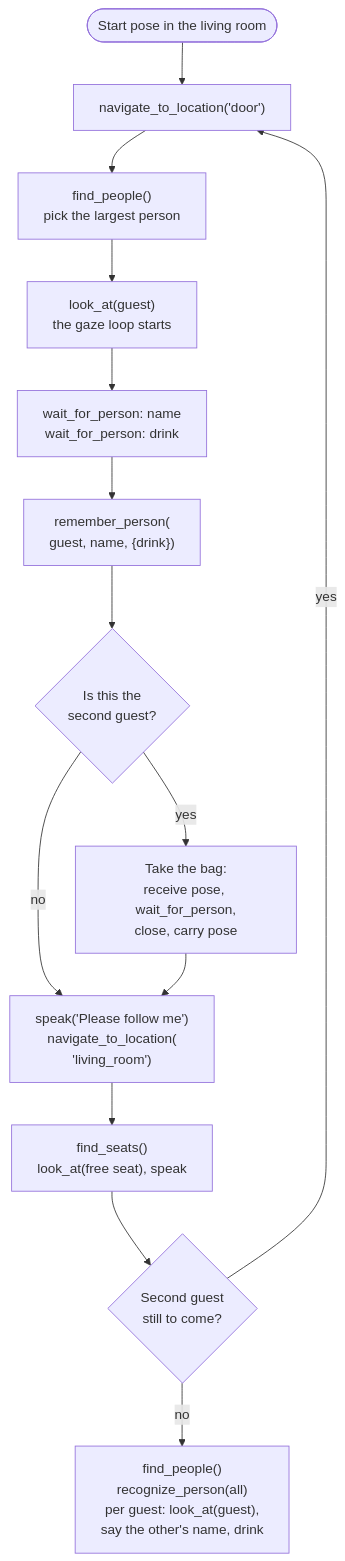
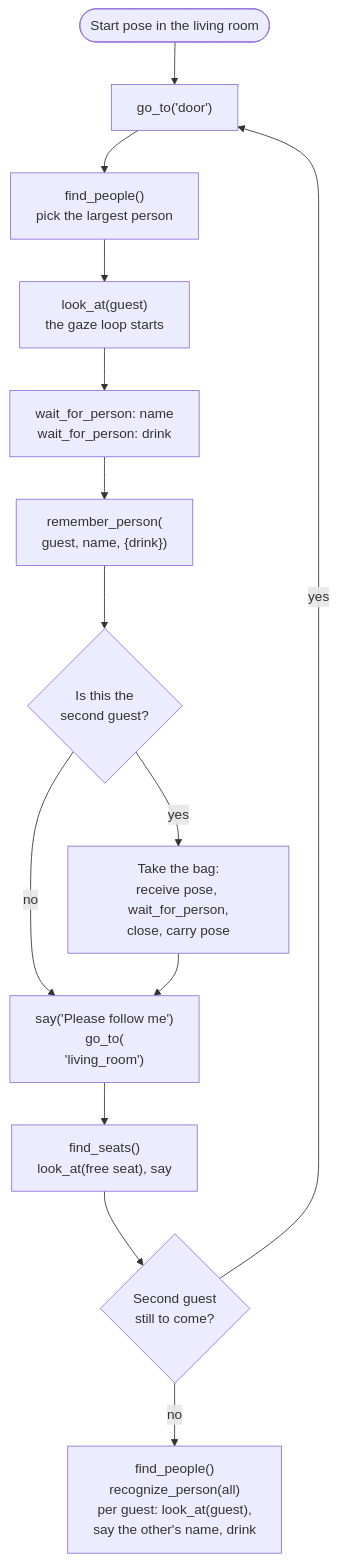
Before and after one commit to EIC-Robocup-2026/walkie-agent-ros: the first of 4 diagrams in docs/architecture/hri.md, drawn with Mermaid. The commit also changed other lines of this file and 6 other files, not shown here.

````diff
--- a/docs/architecture/hri.md
+++ b/docs/architecture/hri.md
@@ -88,16 +95,16 @@
 ```mermaid
 flowchart TB
-    start(["Start pose in the living room"]) --> door["navigate_to_location('door')"]
+    start(["Start pose in the living room"]) --> door["go_to('door')"]
     door --> find["find_people()<br/>pick the largest person"]
     find --> look["look_at(guest)<br/>the gaze loop starts"]
     look --> ask["wait_for_person: name<br/>wait_for_person: drink"]
     ask --> mem["remember_person(<br/>guest, name, {drink})"]
     mem --> second{"Is this the<br/>second guest?"}
     second -->|"yes"| bag["Take the bag:<br/>receive pose, wait_for_person,<br/>close, carry pose"]
     second -->|"no"| guide
-    bag --> guide["speak('Please follow me')<br/>navigate_to_location(<br/>'living_room')"]
-    guide --> seats["find_seats()<br/>look_at(free seat), speak"]
+    bag --> guide["say('Please follow me')<br/>go_to(<br/>'living_room')"]
+    guide --> seats["find_seats()<br/>look_at(free seat), say"]
     seats --> more{"Second guest<br/>still to come?"}
     more -->|"yes"| door
     more -->|"no"| intro["find_people()<br/>recognize_person(all)<br/>per guest: look_at(guest),<br/>say the other's name, drink"]
 ```
````
